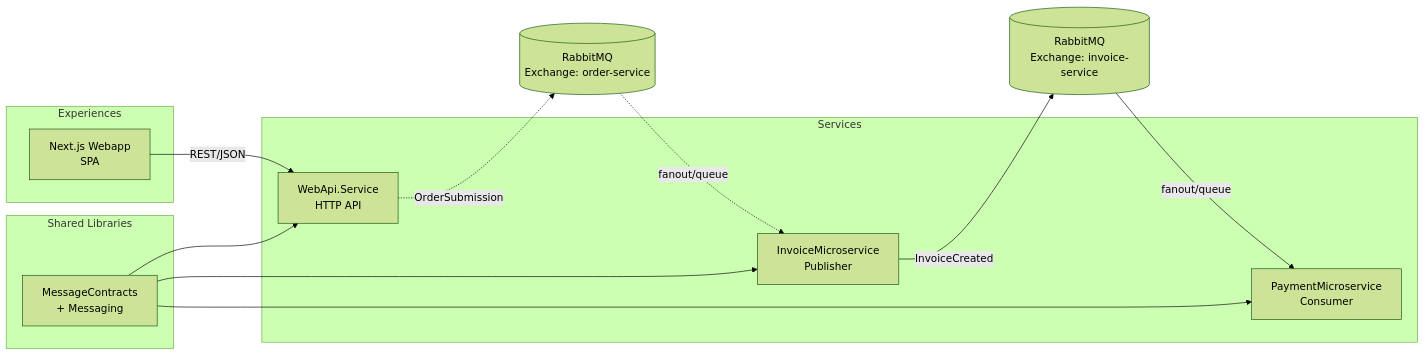
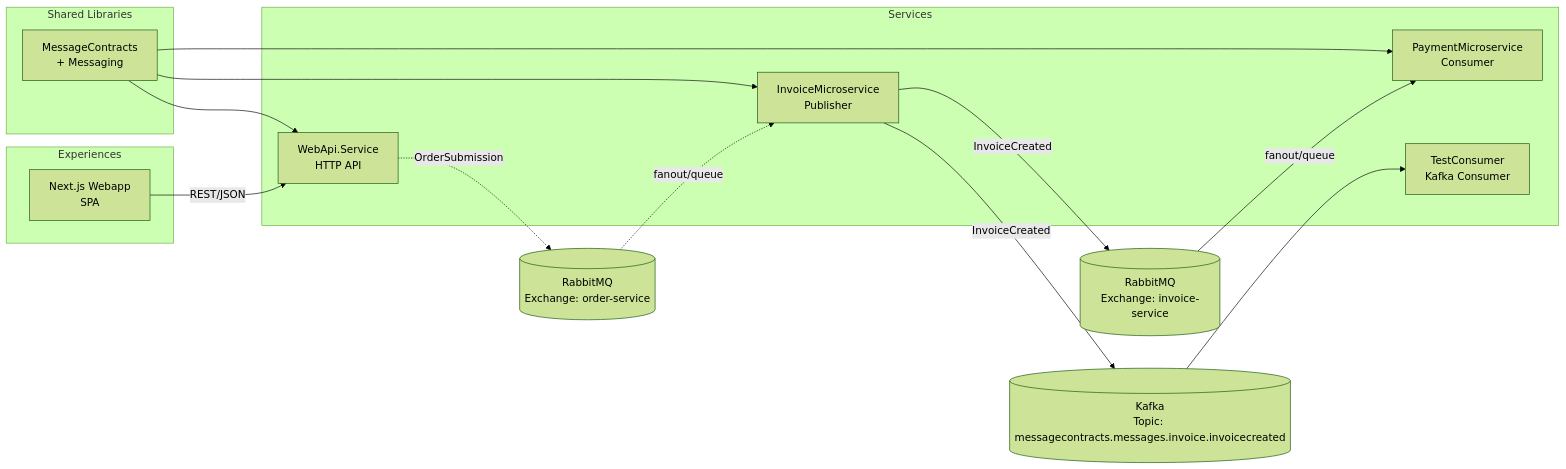
The first of 5 diagrams in README.md (DragceSU/AspireProject), drawn with Mermaid (forest theme) before and after one commit. The commit also changed other lines of this file and 53 other files, not shown here.

````diff
--- a/README.md
+++ b/README.md
@@ -21,26 +22,29 @@
 ```mermaid
 flowchart LR
     subgraph Experiences
         W[Next.js Webapp<br/>SPA]
     end
 
     subgraph Services
         A[WebApi.Service<br/>HTTP API]
         B[InvoiceMicroservice<br/>Publisher]
         C[PaymentMicroservice<br/>Consumer]
+        T[TestConsumer<br/>Kafka Consumer]
     end
 
     W -- REST/JSON --> A
     B -- InvoiceCreated --> Q[(RabbitMQ<br/>Exchange: invoice-service)]
     Q -- fanout/queue --> C
+    B -- InvoiceCreated --> K[(Kafka<br/>Topic: messagecontracts.messages.invoice.invoicecreated)]
+    K --> T
     A -. OrderSubmission .-> O[(RabbitMQ<br/>Exchange: order-service)]
     O -. fanout/queue .-> B
 
     subgraph Shared Libraries
         M[MessageContracts<br/>+ Messaging]
     end
 
     M --> B
     M --> C
     M --> A
 ```
````
